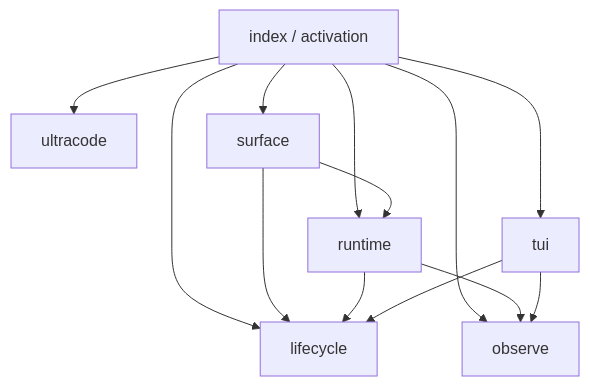
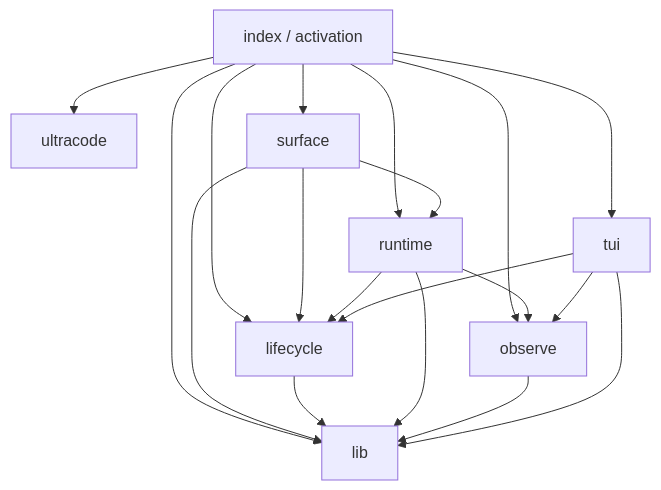
The diagram in extensions/pandi-dynamic-workflows/ARCHITECTURE.md (andrestobelem/pandi-extensions), drawn with Mermaid before and after one commit. The commit also changed other lines of this file and 79 other files, not shown here.

````diff
--- a/extensions/pandi-dynamic-workflows/ARCHITECTURE.md
+++ b/extensions/pandi-dynamic-workflows/ARCHITECTURE.md
@@ -18,16 +19,22 @@
 ```mermaid
 flowchart TB
   ACT[index / activation]
+  ACT --> LIB[lib]
   ACT --> UC[ultracode]
   ACT --> SURF[surface]
   ACT --> LIFE[lifecycle]
   ACT --> RUN[runtime]
   ACT --> OBS[observe]
   ACT --> TUI[tui]
+  SURF --> LIB
+  LIFE --> LIB
+  RUN --> LIB
+  OBS --> LIB
+  TUI --> LIB
   SURF --> RUN
   SURF --> LIFE
   RUN --> LIFE
   RUN --> OBS
   TUI --> OBS
   TUI --> LIFE
 ```
````
